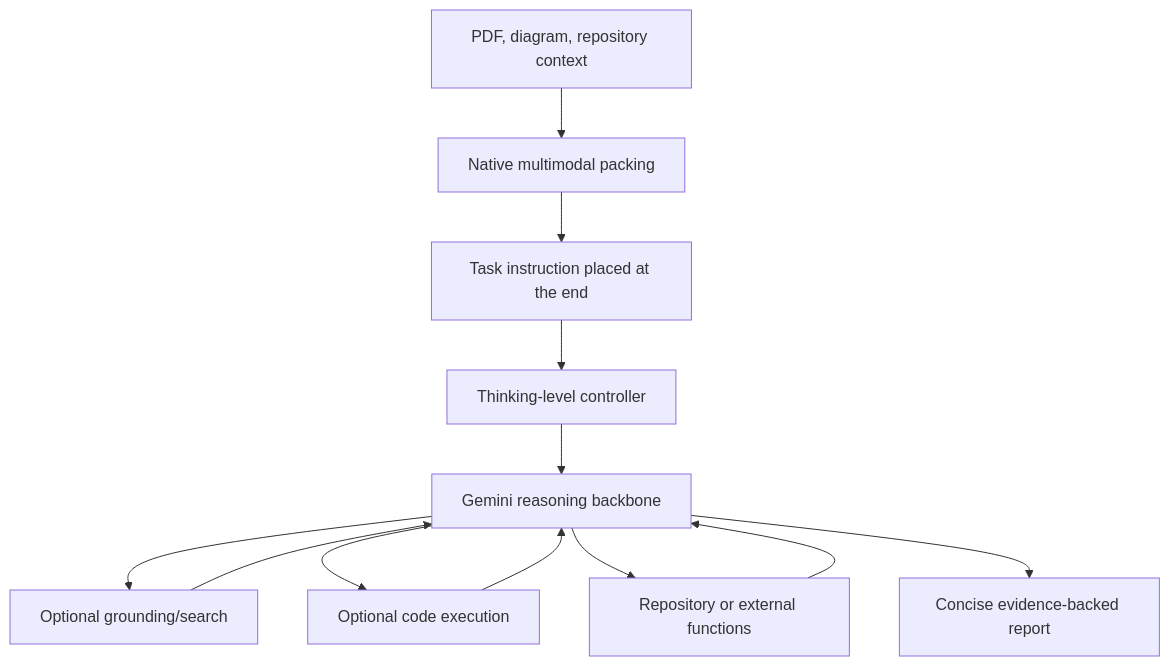
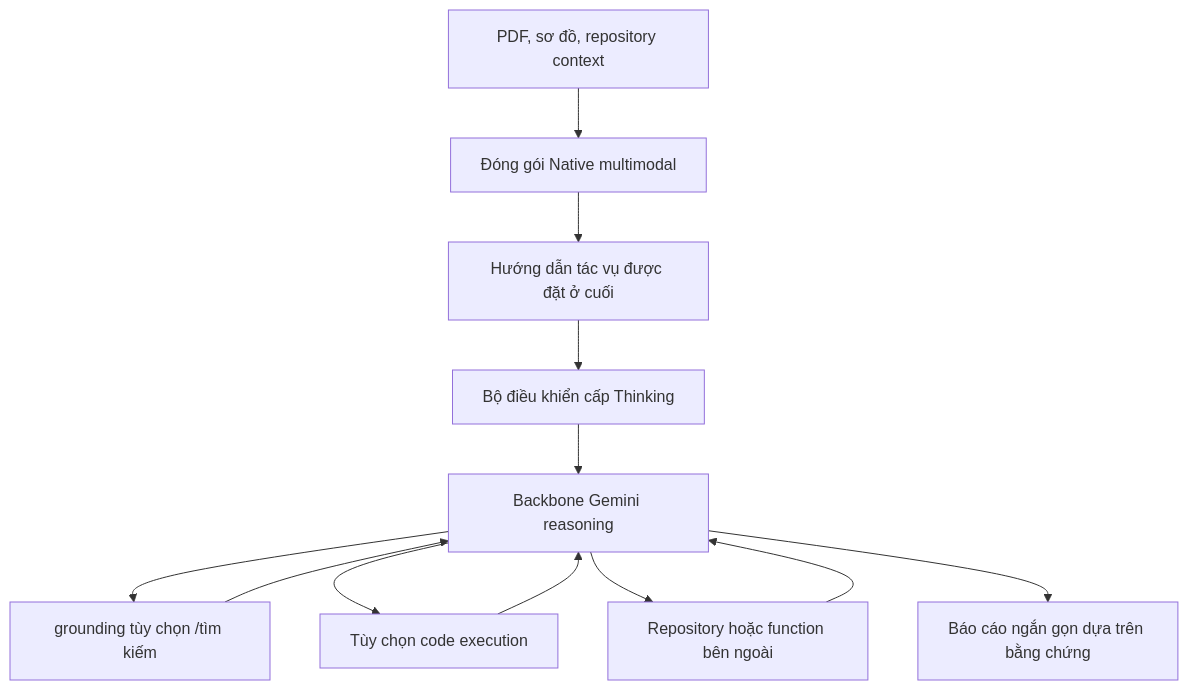
One commit to cycler04/VinRobotics-VLA changed diagram 14 of 28 in docs/research_finding/01-gwen/broad_overview/LLM_VLM/recent_llm_overview.md. Above: the diagram before and after it, drawn with Mermaid. The commit also changed other lines of this file and 79 other files, not shown here.

````diff
--- a/docs/research_finding/01-gwen/broad_overview/LLM_VLM/recent_llm_overview.md
+++ b/docs/research_finding/01-gwen/broad_overview/LLM_VLM/recent_llm_overview.md
@@ -1098,14 +1098,14 @@
 ```mermaid
 flowchart TD
-    Context[PDF, diagram, repository context] --> Pack[Native multimodal packing]
-    Pack --> Task[Task instruction placed at the end]
-    Task --> Think[Thinking-level controller]
-    Think --> G[Gemini reasoning backbone]
-    G --> Search[Optional grounding/search]
-    G --> Exec[Optional code execution]
-    G --> Func[Repository or external functions]
+    Context[PDF, sơ đồ, repository context] --> Pack[Đóng gói Native multimodal]
+    Pack --> Task[Hướng dẫn tác vụ được đặt ở cuối]
+    Task --> Think[Bộ điều khiển cấp Thinking]
+    Think --> G[Backbone Gemini reasoning]
+    G --> Search[grounding tùy chọn /tìm kiếm]
+    G --> Exec[Tùy chọn code execution]
+    G --> Func[Repository hoặc function bên ngoài]
     Search --> G
     Exec --> G
     Func --> G
-    G --> O[Concise evidence-backed report]
+    G --> O[Báo cáo ngắn gọn dựa trên bằng chứng]
 ```
````
